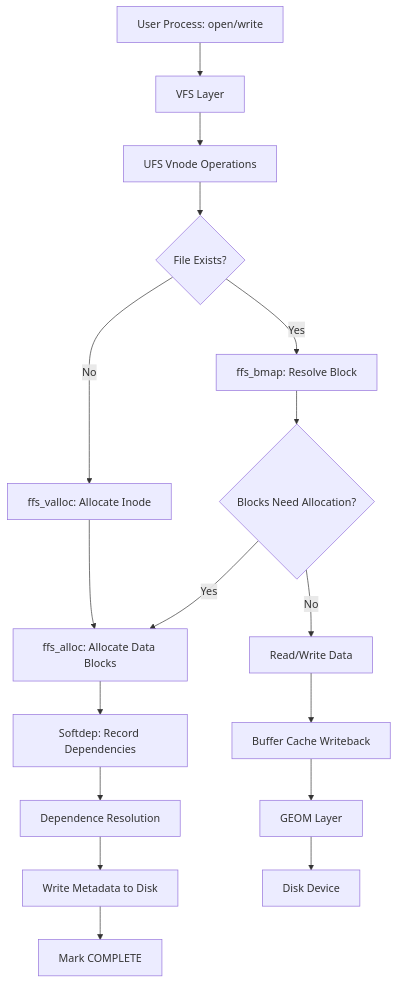
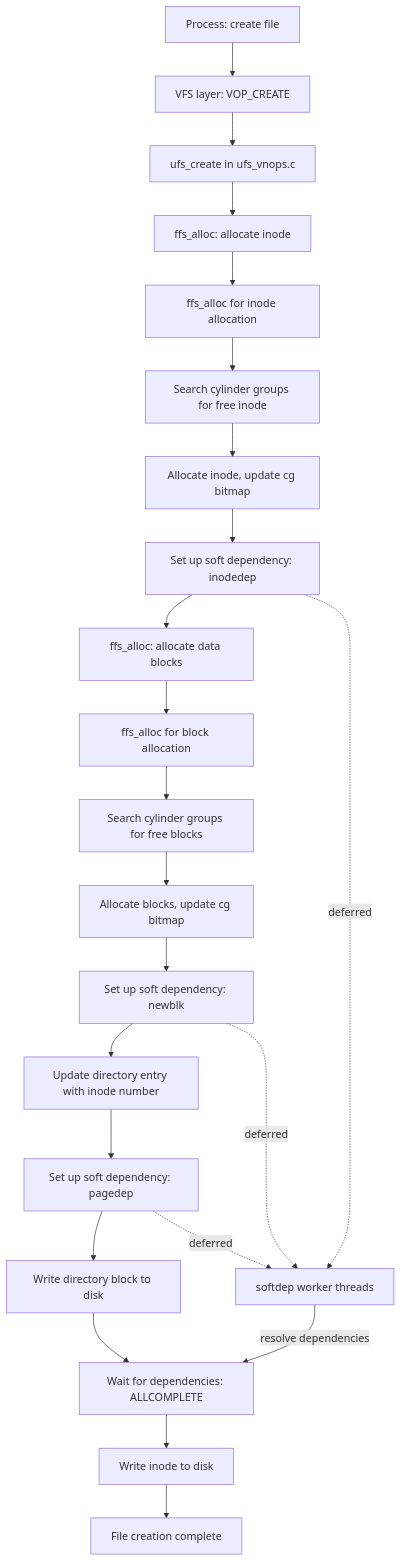
The diagram in sys/ufs/README.md (ocochard/freebsd-src), drawn with Mermaid before and after one commit. The commit also changed other lines of this file and 25 other files, not shown here.

````diff
--- a/sys/ufs/README.md
+++ b/sys/ufs/README.md
@@ -176,19 +148,26 @@
 ```mermaid
 flowchart TD
-    A[User Process: open/write] --> B[VFS Layer]
-    B --> C[UFS Vnode Operations]
-    C --> D{File Exists?}
-    D -->|No| E[ffs_valloc: Allocate Inode]
-    D -->|Yes| F[ffs_bmap: Resolve Block]
-    E --> G[ffs_alloc: Allocate Data Blocks]
-    G --> H[Softdep: Record Dependencies]
-    F --> I{Blocks Need Allocation?}
-    I -->|Yes| G
-    I -->|No| J[Read/Write Data]
-    H --> K[Dependence Resolution]
-    K --> L[Write Metadata to Disk]
-    L --> M[Mark COMPLETE]
-    J --> N[Buffer Cache Writeback]
-    N --> O[GEOM Layer]
-    O --> P[Disk Device]
+    A[Process: create file] --> B[VFS layer: VOP_CREATE]
+    B --> C[ufs_create in ufs_vnops.c]
+    C --> D[ffs_alloc: allocate inode]
+    D --> E[ffs_alloc for inode allocation]
+    E --> F[Search cylinder groups for free inode]
+    F --> G[Allocate inode, update cg bitmap]
+    G --> H[Set up soft dependency: inodedep]
+    H --> I[ffs_alloc: allocate data blocks]
+    I --> J[ffs_alloc for block allocation]
+    J --> K[Search cylinder groups for free blocks]
+    K --> L[Allocate blocks, update cg bitmap]
+    L --> M[Set up soft dependency: newblk]
+    M --> N[Update directory entry with inode number]
+    N --> O[Set up soft dependency: pagedep]
+    O --> P[Write directory block to disk]
+    P --> Q[Wait for dependencies: ALLCOMPLETE]
+    Q --> R[Write inode to disk]
+    R --> S[File creation complete]
+
+    H -.->|deferred| T[softdep worker threads]
+    M -.->|deferred| T
+    O -.->|deferred| T
+    T -->|resolve dependencies| Q
 ```
````
